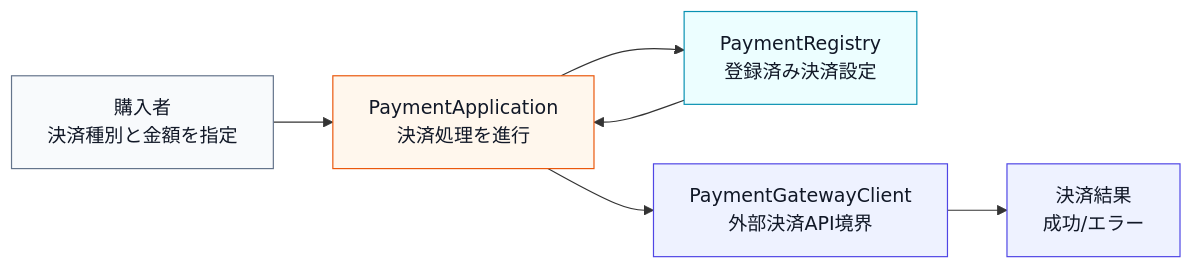
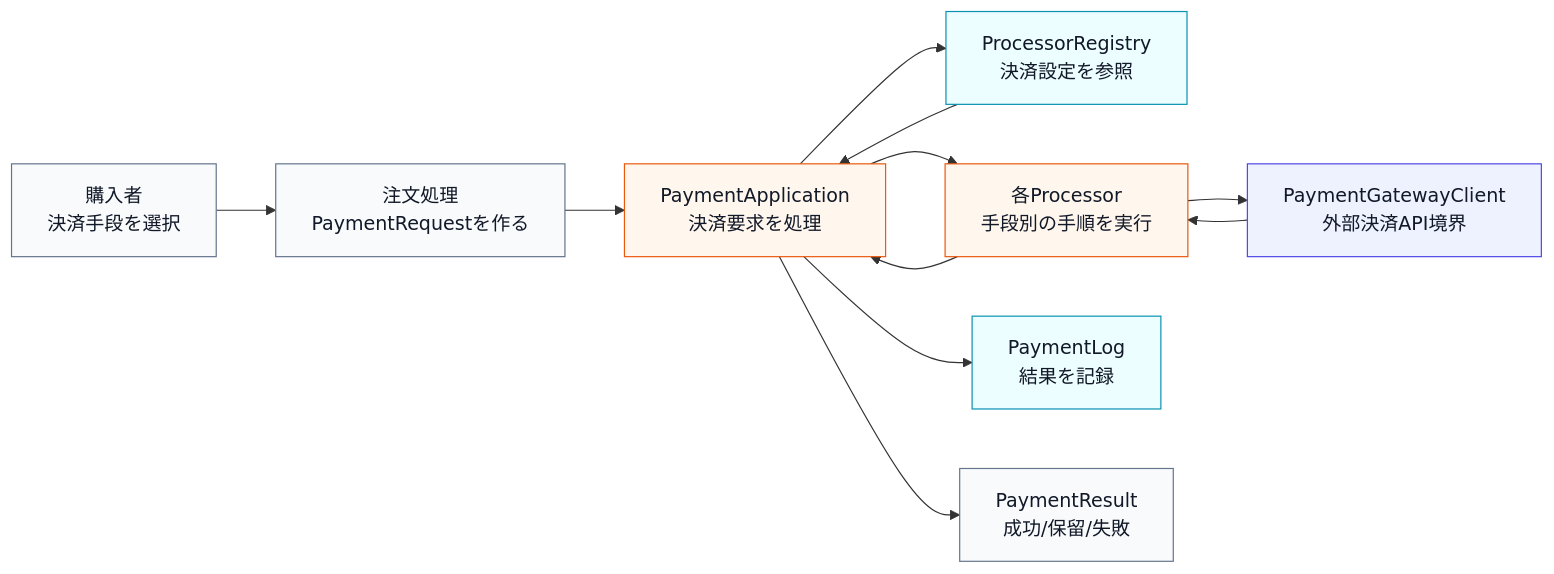
One commit to kumachan1101-pixel/DesignPattern changed the first of 8 diagrams in kindle/design-patterns/output/chapter08.md. Above: the diagram before and after it, drawn with Mermaid. The commit also changed other lines of this file and 7 other files, not shown here.

````diff
--- a/kindle/design-patterns/output/chapter08.md
+++ b/kindle/design-patterns/output/chapter08.md
@@ -46,17 +69,22 @@
 ```mermaid
 flowchart LR
-    U["購入者<br>決済種別と金額を指定"] --> A["PaymentApplication<br>決済処理を進行"]
-    A --> R["PaymentRegistry<br>登録済み決済設定"]
+    U["購入者<br>決済手段を選択"] --> O["注文処理<br>PaymentRequestを作る"]
+    O --> A["PaymentApplication<br>決済要求を処理"]
+    A --> R["ProcessorRegistry<br>決済設定を参照"]
     R --> A
-    A --> G["PaymentGatewayClient<br>外部決済API境界"]
-    G --> O["決済結果<br>成功/エラー"]
+    A --> P["各Processor<br>手段別の手順を実行"]
+    P --> G["PaymentGatewayClient<br>外部決済API境界"]
+    G --> P
+    P --> A
+    A --> L["PaymentLog<br>結果を記録"]
+    A --> O2["PaymentResult<br>成功/保留/失敗"]
 
     classDef actor fill:#f8fafc,stroke:#64748b,color:#111827;
     classDef data fill:#ecfeff,stroke:#0891b2,color:#111827;
     classDef process fill:#fff7ed,stroke:#ea580c,color:#111827;
     classDef boundary fill:#eef2ff,stroke:#4f46e5,color:#111827;
-    class U actor;
-    class R data;
-    class A process;
-    class G,O boundary;
+    class U,O,O2 actor;
+    class R,L data;
+    class A,P process;
+    class G boundary;
 ```
````
